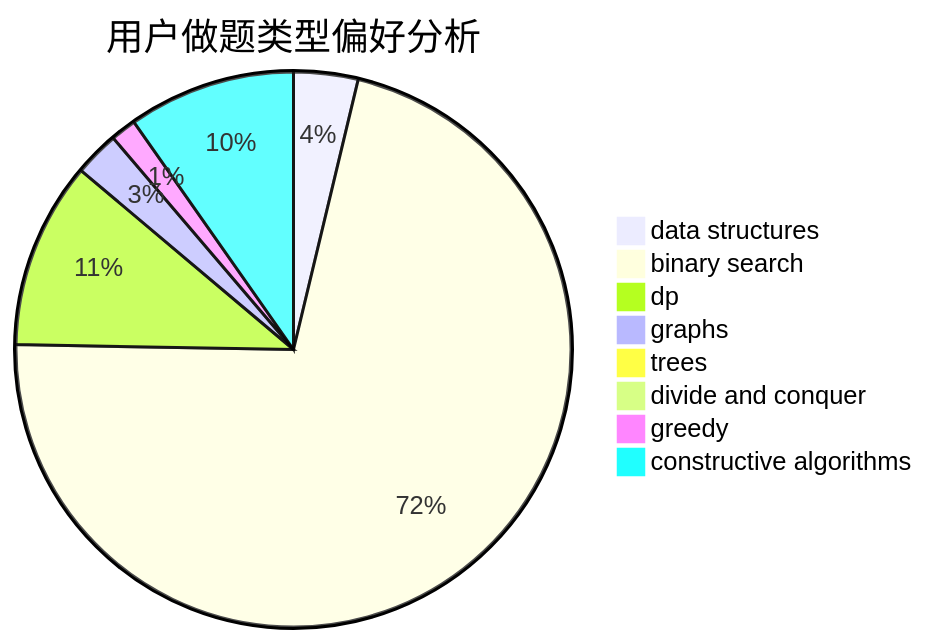
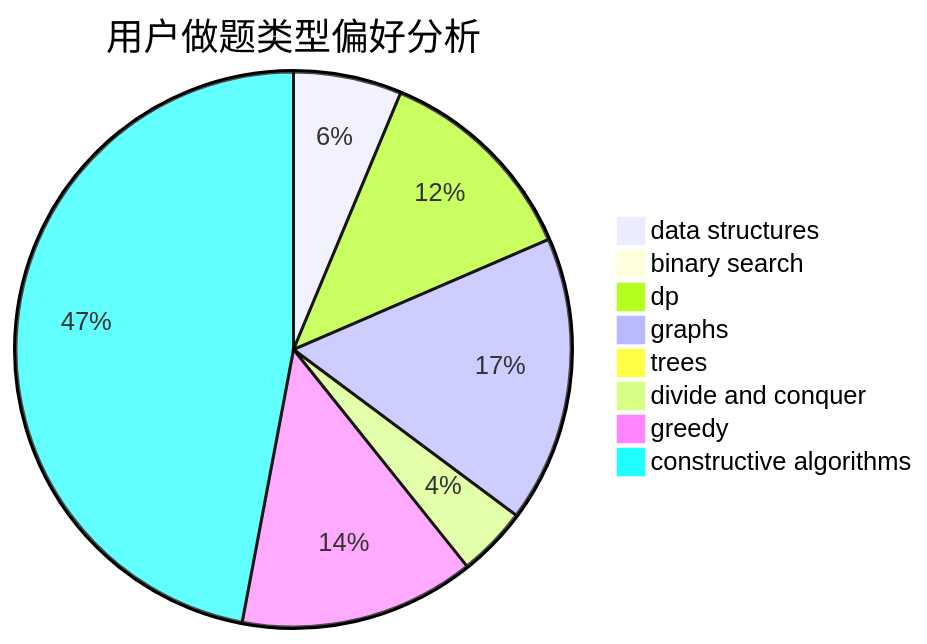
One commit to sherpahu/cfrs.github.io changed the second of 3 diagrams in docs/user/u1616.md. Above: the diagram before and after it, drawn with Mermaid. The commit also changed other lines of this file and 2770 other files, not shown here.

````diff
--- a/docs/user/u1616.md
+++ b/docs/user/u1616.md
@@ -23,11 +23,11 @@
 ```mermaid
 pie title 用户做题类型偏好分析
-    "data structures" :  10
-    "binary search" :  191
-    "dp" :  29
-    "graphs" :  7
-    "trees" :  0
-    "divide and conquer" :  0
-    "greedy" :  4
-    "constructive algorithms" :  26
+    "data structures" :  17
+    "binary search" :  0
+    "dp" :  33
+    "graphs" :  45
+    "trees" :  2
+    "divide and conquer" :  11
+    "greedy" :  37
+    "constructive algorithms" :  127
 ```
````
